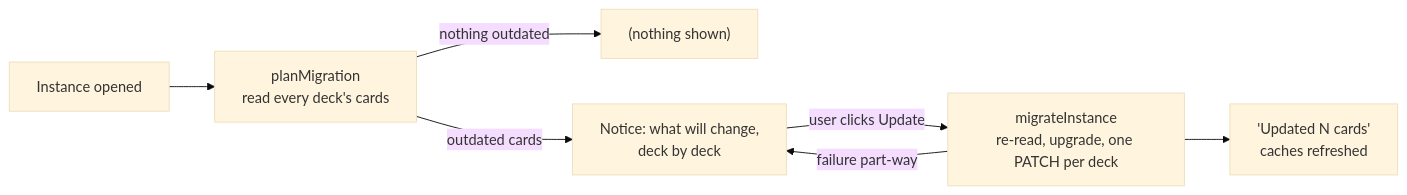
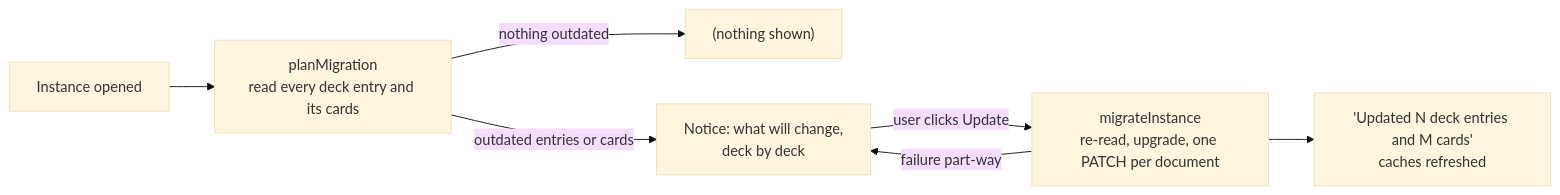
One commit to antwika/solid-memo changed the diagram in docs/migrations.md. Above: the diagram before and after it, drawn with Mermaid (base theme). The commit also changed other lines of this file and 81 other files, not shown here.

````diff
--- a/docs/migrations.md
+++ b/docs/migrations.md
@@ -36,9 +41,9 @@
 ```mermaid
 flowchart LR
-    open["Instance opened"] --> plan["planMigration<br/>read every deck's cards"]
+    open["Instance opened"] --> plan["planMigration<br/>read every deck entry and its cards"]
     plan -->|nothing outdated| quiet["(nothing shown)"]
-    plan -->|outdated cards| notice["Notice: what will change,<br/>deck by deck"]
-    notice -->|user clicks Update| run["migrateInstance<br/>re-read, upgrade, one PATCH per deck"]
-    run --> done["'Updated N cards'<br/>caches refreshed"]
+    plan -->|outdated entries or cards| notice["Notice: what will change,<br/>deck by deck"]
+    notice -->|user clicks Update| run["migrateInstance<br/>re-read, upgrade, one PATCH per document"]
+    run --> done["'Updated N deck entries and M cards'<br/>caches refreshed"]
     run -->|failure part-way| notice
 ```
````
